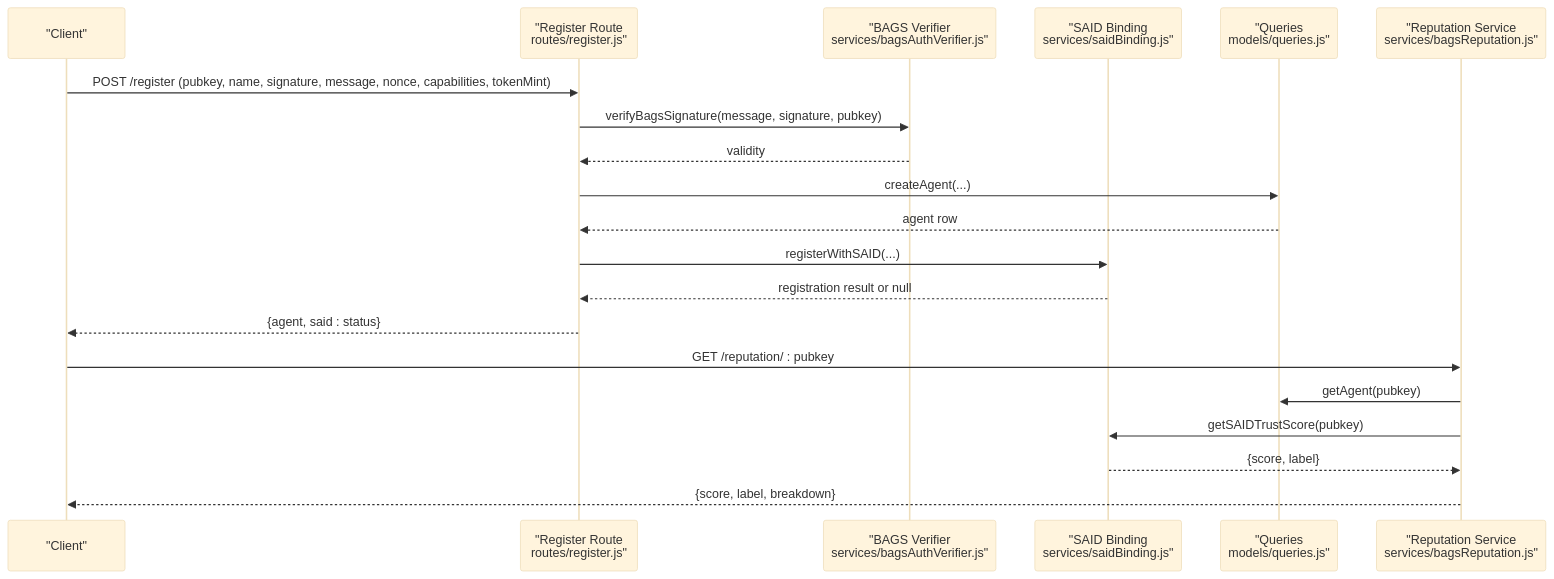
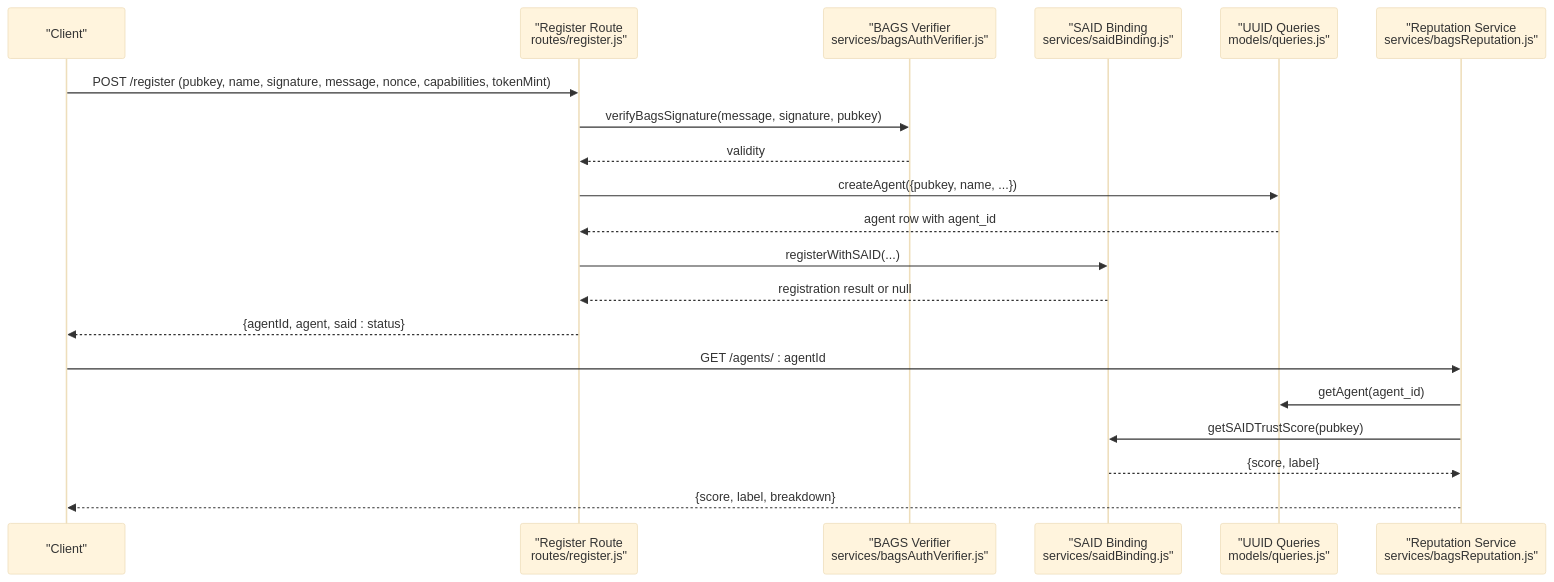
One commit to RunTimeAdmin/AgentID changed the second of 11 diagrams in .qoder/repowiki/en/content/Service Layer/Identity Services.md. Above: the diagram before and after it, drawn with Mermaid (base theme). The commit also changed other lines of this file and 31 other files, not shown here.

````diff
--- a/.qoder/repowiki/en/content/Service Layer/Identity Services.md
+++ b/.qoder/repowiki/en/content/Service Layer/Identity Services.md
@@ -135,22 +142,22 @@
 ```mermaid
 sequenceDiagram
 participant Client as "Client"
 participant Reg as "Register Route<br/>routes/register.js"
 participant Ver as "BAGS Verifier<br/>services/bagsAuthVerifier.js"
 participant SAID as "SAID Binding<br/>services/saidBinding.js"
-participant DB as "Queries<br/>models/queries.js"
+participant DB as "UUID Queries<br/>models/queries.js"
 participant RESP as "Reputation Service<br/>services/bagsReputation.js"
 Client->>Reg : POST /register (pubkey, name, signature, message, nonce, capabilities, tokenMint)
 Reg->>Ver : verifyBagsSignature(message, signature, pubkey)
 Ver-->>Reg : validity
-Reg->>DB : createAgent(...)
-DB-->>Reg : agent row
+Reg->>DB : createAgent({pubkey, name, ...})
+DB-->>Reg : agent row with agent_id
 Reg->>SAID : registerWithSAID(...)
 SAID-->>Reg : registration result or null
-Reg-->>Client : {agent, said : status}
-Client->>RESP : GET /reputation/ : pubkey
-RESP->>DB : getAgent(pubkey)
+Reg-->>Client : {agentId, agent, said : status}
+Client->>RESP : GET /agents/ : agentId
+RESP->>DB : getAgent(agent_id)
 RESP->>SAID : getSAIDTrustScore(pubkey)
 SAID-->>RESP : {score, label}
 RESP-->>Client : {score, label, breakdown}
 ```
````
